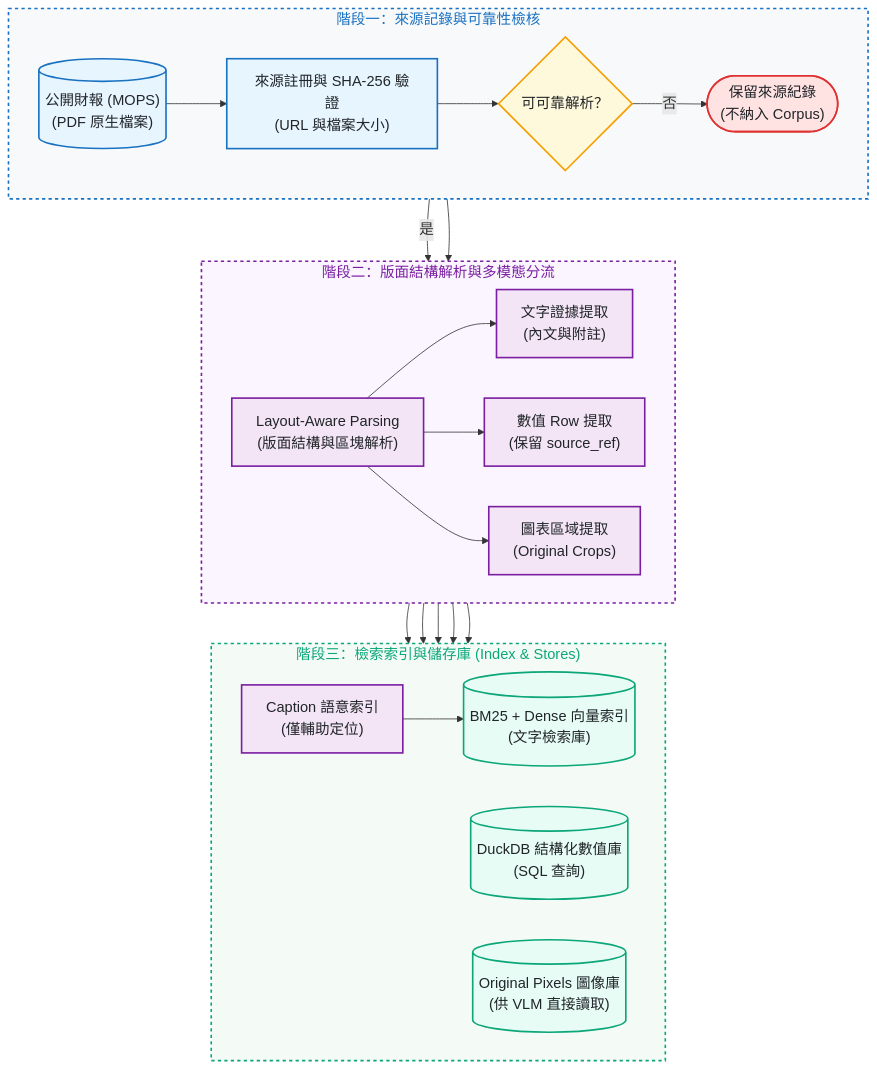
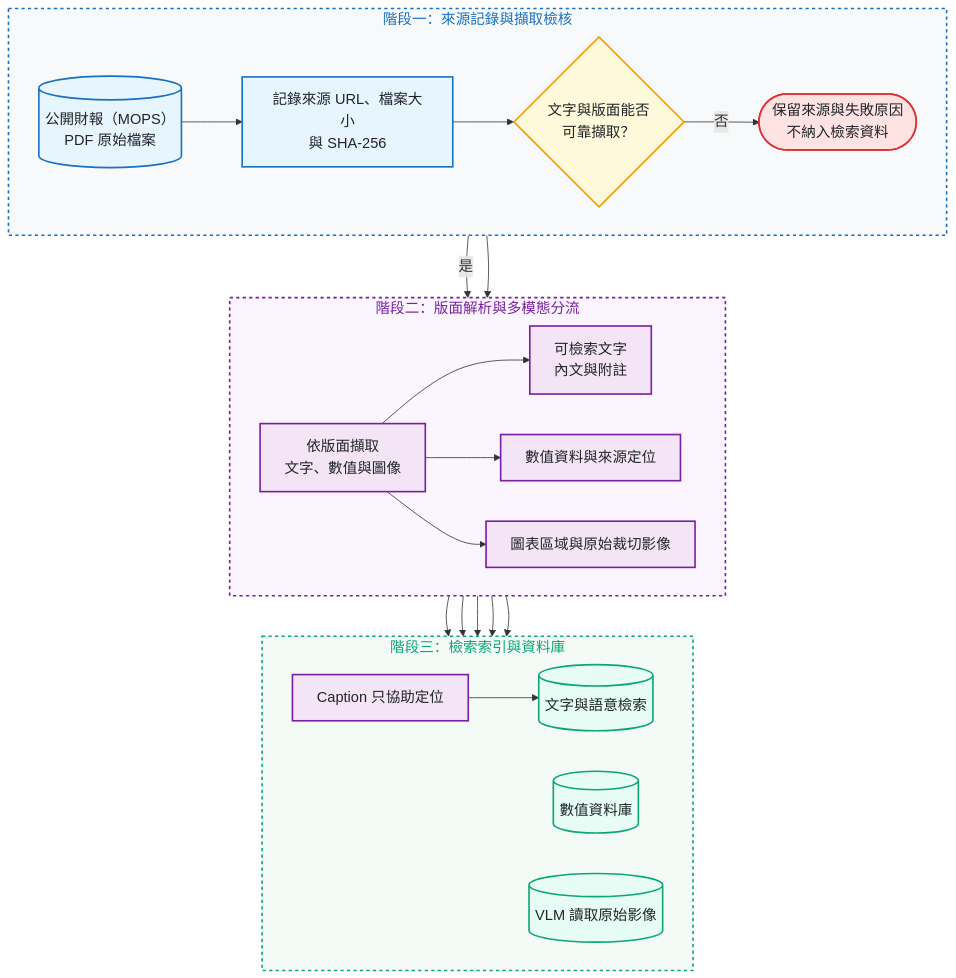
One commit to kuotunyu/tw-filing-intelligence changed the first of 2 diagrams in README.md. Above: the diagram before and after it, drawn with Mermaid. The commit also changed other lines of this file, not shown here.

````diff
--- a/README.md
+++ b/README.md
@@ -40,41 +44,41 @@
 ```mermaid
 %%{init: {'themeVariables': {'fontSize': '18px'}}}%%
 flowchart TD
-    subgraph Stage1 ["階段一：來源記錄與可靠性檢核"]
+    subgraph Stage1 ["階段一：來源記錄與擷取檢核"]
         direction LR
-        Filing[("公開財報 (MOPS)<br/>(PDF 原生檔案)")] --> Manifest["來源註冊與 SHA-256 驗證<br/>(URL 與檔案大小)"] --> Readable{"可可靠解析？"}
-        Readable -->|"否"| Excluded(["保留來源紀錄<br/>(不納入 Corpus)"])
+        Filing[("公開財報（MOPS）<br/>PDF 原始檔案")] --> Manifest["記錄來源 URL、檔案大小<br/>與 SHA-256"] --> Readable{"文字與版面能否<br/>可靠擷取？"}
+        Readable -->|"否"| Excluded(["保留來源與失敗原因<br/>不納入檢索資料"])
     end
 
-    subgraph Stage2 ["階段二：版面結構解析與多模態分流"]
+    subgraph Stage2 ["階段二：版面解析與多模態分流"]
         direction LR
-        Readable -->|"是"| Parse["Layout-Aware Parsing<br/>(版面結構與區塊解析)"]
-        Parse --> Text["文字證據提取<br/>(內文與附註)"] & Rows["數值 Row 提取<br/>(保留 source_ref)"] & Crops["圖表區域提取<br/>(Original Crops)"]
+        Readable -->|"是"| Parse["依版面擷取<br/>文字、數值與圖像"]
+        Parse --> Text["可檢索文字<br/>內文與附註"] & Rows["數值資料與來源定位"] & Crops["圖表區域與原始裁切影像"]
     end
 
-    subgraph Stage3 ["階段三：檢索索引與儲存庫 (Index & Stores)"]
+    subgraph Stage3 ["階段三：檢索索引與資料庫"]
         direction LR
-        Text --> Search[("BM25 + Dense 向量索引<br/>(文字檢索庫)")]
-        Rows --> Numeric[("DuckDB 結構化數值庫<br/>(SQL 查詢)")]
-        Crops --> Caption["Caption 語意索引<br/>(僅輔助定位)"] --> Search
-        Crops --> Pixels[("Original Pixels 圖像庫<br/>(供 VLM 直接讀取)")]
+        Text --> Search[("文字與語意檢索")]
+        Rows --> Numeric[("數值資料庫")]
+        Crops --> Caption["Caption 只協助定位"] --> Search
+        Crops --> Pixels[("VLM 讀取原始影像")]
     end
 
     Stage1 --> Stage2 --> Stage3
 
     classDef srcStyle fill:#e7f5ff,stroke:#1971c2,stroke-width:2px,color:#212529
     classDef procStyle fill:#f3e5f5,stroke:#7b1fa2,stroke-width:2px,color:#212529
     classDef gateStyle fill:#fff9db,stroke:#f59f00,stroke-width:2px,color:#212529
     classDef storeStyle fill:#e6fcf5,stroke:#0ca678,stroke-width:2px,color:#212529
     classDef rejStyle fill:#ffe3e3,stroke:#e03131,stroke-width:2px,color:#212529
 
     class Filing,Manifest srcStyle
     class Parse,Text,Rows,Crops,Caption procStyle
     class Readable gateStyle
     class Search,Numeric,Pixels storeStyle
     class Excluded rejStyle
 
     style Stage1 fill:#f8f9fa,stroke:#1971c2,stroke-width:2px,color:#1971c2,stroke-dasharray: 4 4
     style Stage2 fill:#faf5ff,stroke:#7b1fa2,stroke-width:2px,color:#7b1fa2,stroke-dasharray: 4 4
     style Stage3 fill:#f4fbf7,stroke:#0ca678,stroke-width:2px,color:#0ca678,stroke-dasharray: 4 4
 ```
````
